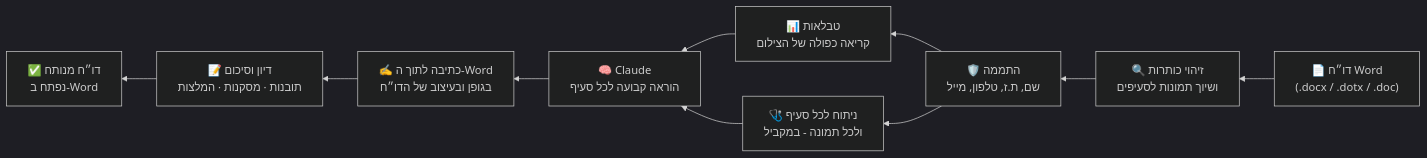
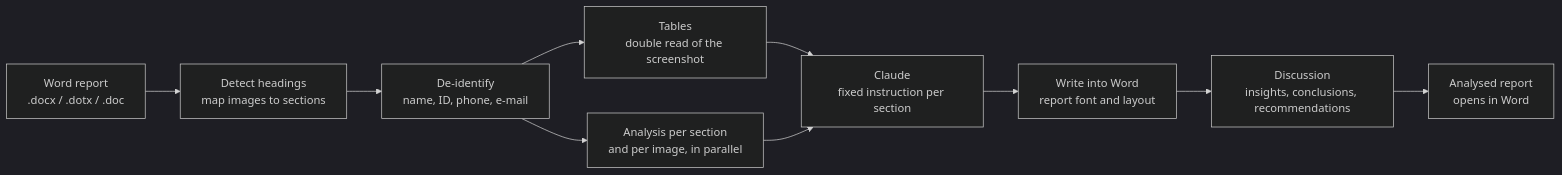
The diagram in README.md (galasulin/report-analyzer-showcase), drawn with Mermaid (dark theme) before and after one commit. The commit also changed other lines of this file and 3 other files, not shown here.

Commit message:
Upgrade README (EN + HE), hero and architecture

````diff
--- a/README.md
+++ b/README.md
@@ -46,12 +99,12 @@
 ```mermaid
-flowchart RL
-    A["📄 דו״ח Word<br/>(.docx / .dotx / .doc)"] --> B["🔍 זיהוי כותרות<br/>ושיוך תמונות לסעיפים"]
-    B --> C["🛡️ התממה<br/>שם, ת.ז, טלפון, מייל"]
-    C --> D["📊 טבלאות<br/>קריאה כפולה של הצילום"]
-    C --> E["🩺 ניתוח לכל סעיף<br/>ולכל תמונה - במקביל"]
-    D --> F["🧠 Claude<br/>הוראה קבועה לכל סעיף"]
+flowchart LR
+    A["Word report<br/>.docx / .dotx / .doc"] --> B["Detect headings<br/>map images to sections"]
+    B --> C["De-identify<br/>name, ID, phone, e-mail"]
+    C --> D["Tables<br/>double read of the screenshot"]
+    C --> E["Analysis per section<br/>and per image, in parallel"]
+    D --> F["Claude<br/>fixed instruction per section"]
     E --> F
-    F --> G["✍️ כתיבה לתוך ה-Word<br/>בגופן ובעיצוב של הדו״ח"]
-    G --> H["📝 דיון וסיכום<br/>תובנות · מסקנות · המלצות"]
-    H --> I["✅ דו״ח מנותח<br/>נפתח ב-Word"]
+    F --> G["Write into Word<br/>report font and layout"]
+    G --> H["Discussion<br/>insights, conclusions, recommendations"]
+    H --> I["Analysed report<br/>opens in Word"]
 ```
````
